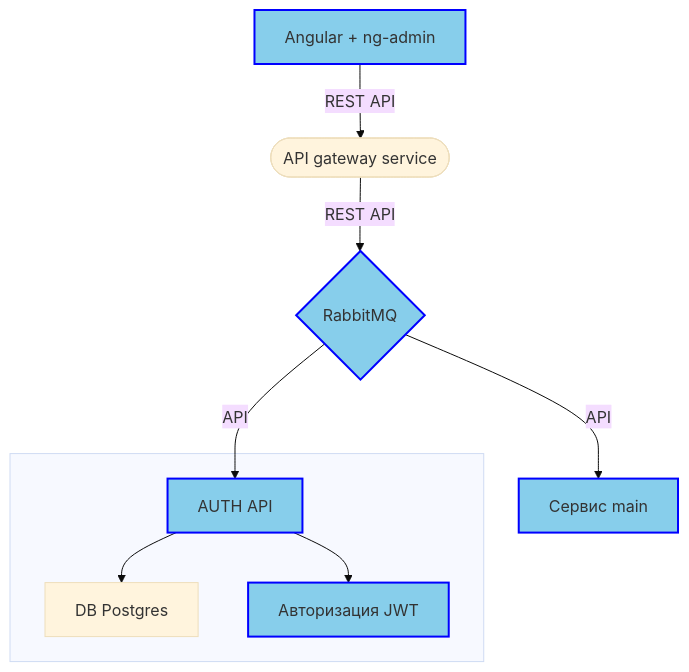
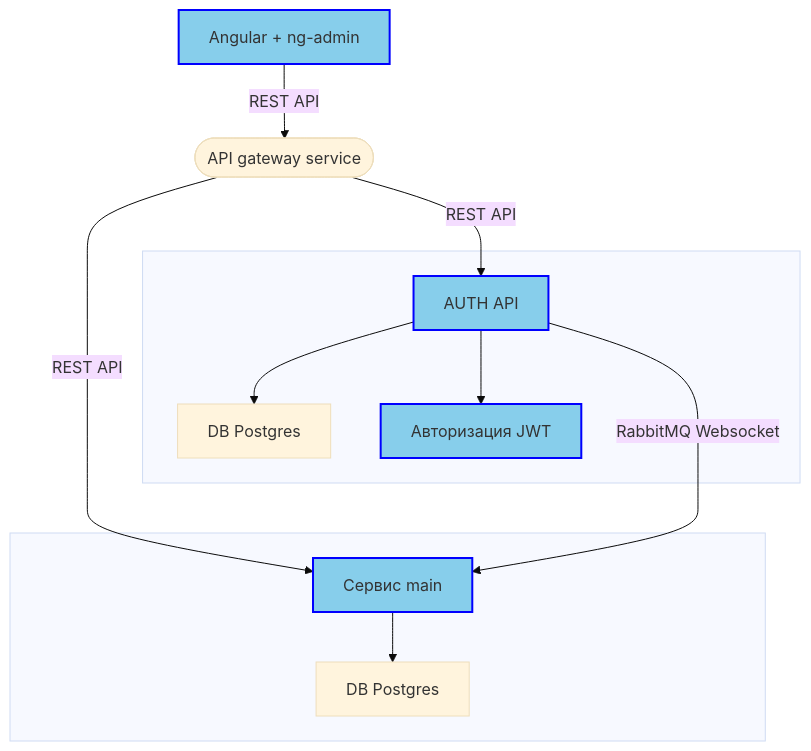
The diagram in Проект жкх/Архитектура/Мнемосхема.md (AlexeyMan/note-obsidian), drawn with Mermaid (base theme) before and after one commit. The commit also changed 2 other files, not shown here.

Commit message:
vault backup: 2022-12-25 20:27:59

````diff
--- a/Проект жкх/Архитектура/Мнемосхема.md
+++ b/Проект жкх/Архитектура/Мнемосхема.md
@@ -4,20 +4,28 @@
 ```mermaid 
 graph TD
     classDef class1 fill: skyblue, stroke: blue, stroke-width:2px
 
     A[Angular + ng-admin]:::class1
-    B{RabbitMQ}:::class1
+    %%B{RabbitMQ}:::class1%%
     E[AUTH API]:::class1
+    D[Сервис main]:::class1
     F([API gateway service])
     G[DB Postgres]
+    Z[DB Postgres]
     C[Авторизация JWT]:::class1 
     A-->|REST API| F
-    F-->|REST API| B
-    B--API-->E
+    F-->|REST API| E
+    F-->|REST API| D
+    %%B--API-->E%%
     subgraph  
     E --> G
     E --> C
     end
-    B--API-->D[Сервис main]:::class1
+    %%E-->|RabbitMQ | D%%
+    %%B--API-->D%%
+    subgraph  
+    D --> Z
+    E --->|RabbitMQ Websocket| D
+    end
 	click C "http://www.github.com" _blank
 ```
````
